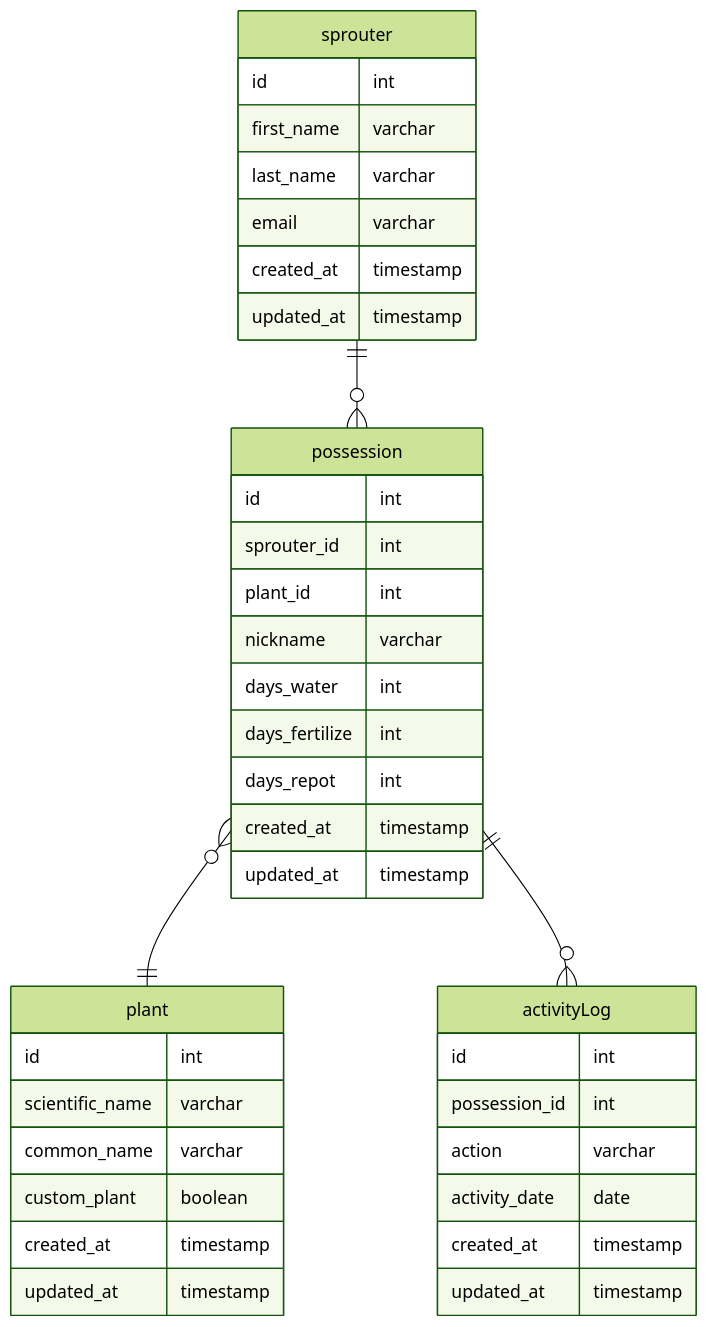
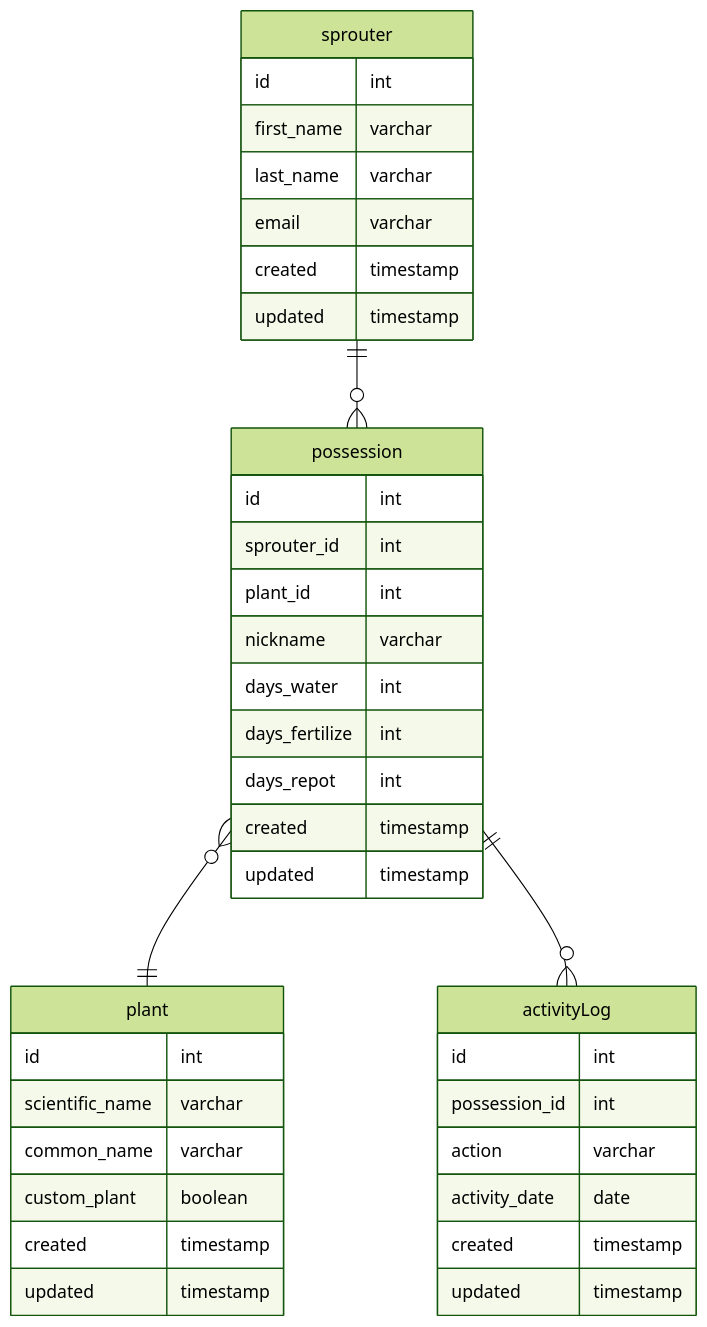
One commit to michael-lok/sprout changed the diagram in docs/brainstorm.md. Above: the diagram before and after it, drawn with Mermaid (forest theme). The commit also changed 1 other file, not shown here.

Commit message:
init plant model

````diff
--- a/docs/brainstorm.md
+++ b/docs/brainstorm.md
@@ -32,47 +32,47 @@
 ```mermaid
 erDiagram
 
 sprouter {
     id int
     first_name varchar
     last_name varchar
     email varchar
-    created_at timestamp
-    updated_at timestamp
+    created timestamp
+    updated timestamp
 }
 
 plant {
     id int
     scientific_name varchar
     common_name varchar
     custom_plant boolean
-    created_at timestamp
-    updated_at timestamp
+    created timestamp
+    updated timestamp
 }
 
 possession {
     id int
     sprouter_id int
     plant_id int
     nickname varchar
     days_water int
     days_fertilize int
     days_repot int
-    created_at timestamp
-    updated_at timestamp
+    created timestamp
+    updated timestamp
 }
 
 activityLog {
     id int
     possession_id int
     action varchar
     activity_date date
-    created_at timestamp
-    updated_at timestamp
+    created timestamp
+    updated timestamp
 }
 
 
 sprouter ||--o{ possession : ""
 possession }o--|| plant : ""
 possession ||--o{ activityLog : ""
 ```
````
